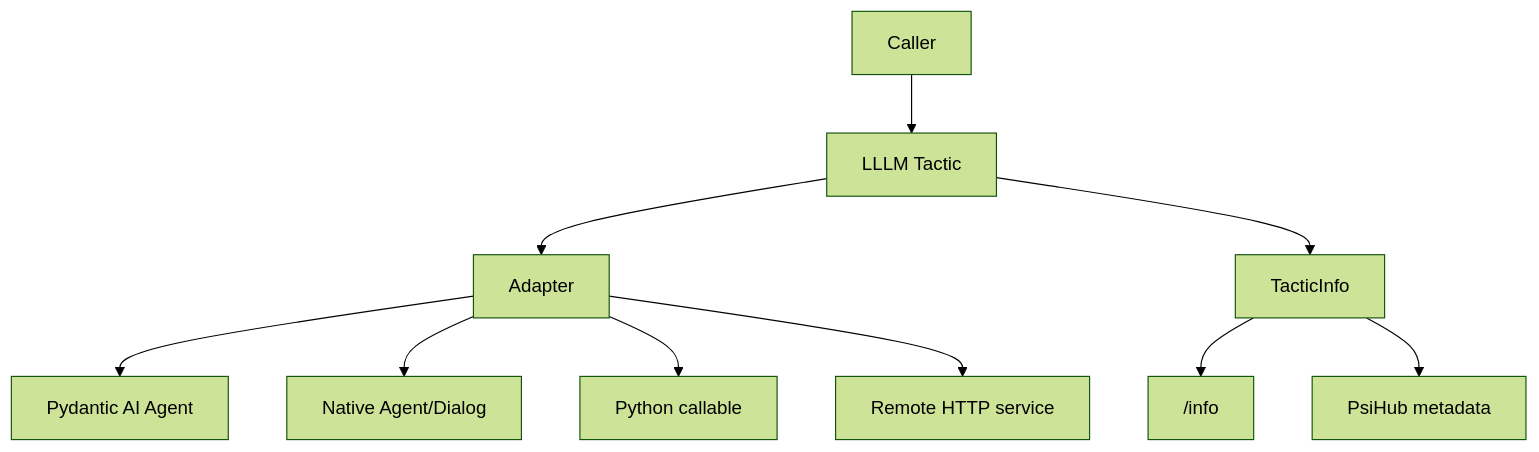
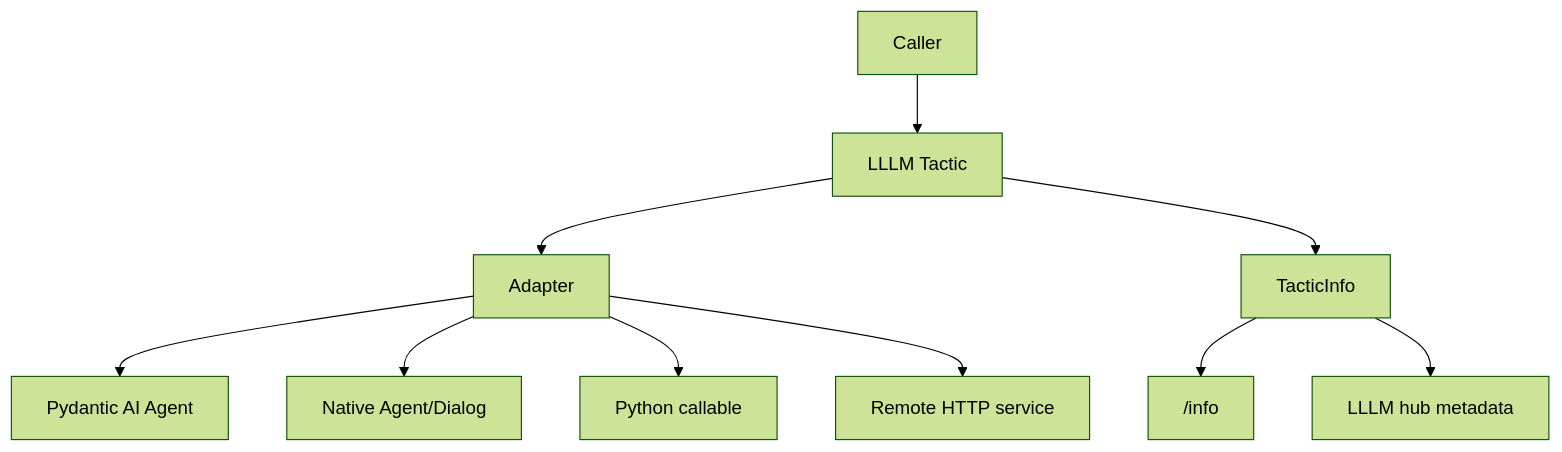
The diagram in docs/runtime/index.md (Productive-Superintelligence/lllm), drawn with Mermaid (forest theme) before and after one commit. The commit also changed 58 other files, not shown here.

First line of the commit message:
Add lllm.hub and unify the package manifest as lllm.toml

````diff
--- a/docs/runtime/index.md
+++ b/docs/runtime/index.md
@@ -35,12 +35,12 @@
 ```mermaid
 flowchart TD
   A["Caller"] --> B["LLLM Tactic"]
   B --> C["Adapter"]
   C --> P["Pydantic AI Agent"]
   C --> N["Native Agent/Dialog"]
   C --> Y["Python callable"]
   C --> R["Remote HTTP service"]
   B --> I["TacticInfo"]
   I --> S["/info"]
-  I --> H["PsiHub metadata"]
+  I --> H["LLLM hub metadata"]
 ```
````
